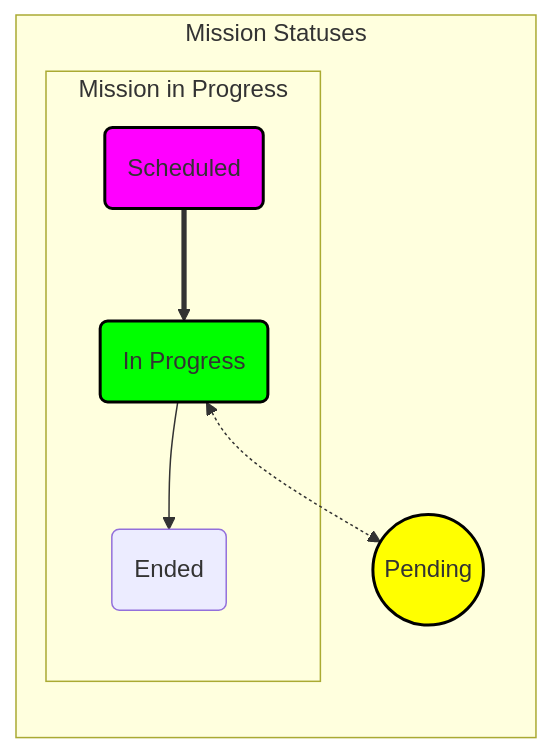
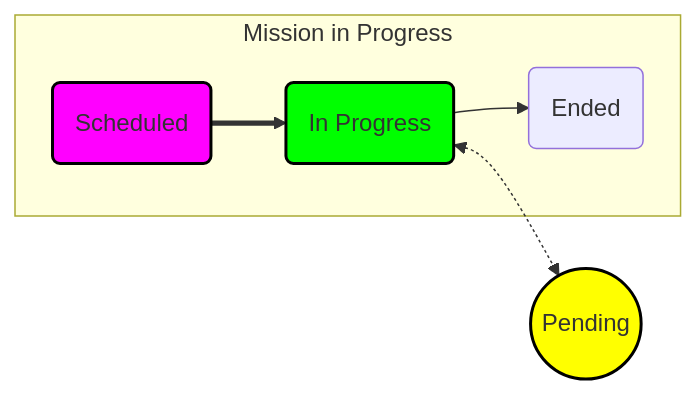
Before and after one commit to Ee-Cs/RecruitmentTaskS2: the second of 3 diagrams in docs/README.md, drawn with Mermaid. The commit also changed other lines of this file and 1 other file, not shown here.

````diff
--- a/docs/README.md
+++ b/docs/README.md
@@ -72,20 +31,18 @@
 ```mermaid
 flowchart LR
 SCD(Scheduled):::magentaBox
 PND((Pending)):::yellowBox
 PRG(In Progress):::greenBox
 END(Ended):::cyanBox
 
-subgraph "Mission Statuses"
-  subgraph "Mission in Progress"
-    SCD ==> PRG --> END
-  end
-  PRG <.-> PND
+subgraph "Mission in Progress"
+  SCD ==> PRG --> END
 end
+PRG <.-> PND
 
 %% Style Definitions
   classDef redBox fill: #ff6666, stroke: #000, stroke-width: 2px
   classDef greenBox fill: #00ff00, stroke: #000, stroke-width: 2px
   classDef magentaBox fill: #ff00ff, stroke: #000, stroke-width: 2px
   classDef yellowBox fill: #ffff00, stroke: #000, stroke-width: 2px
 ```
````
